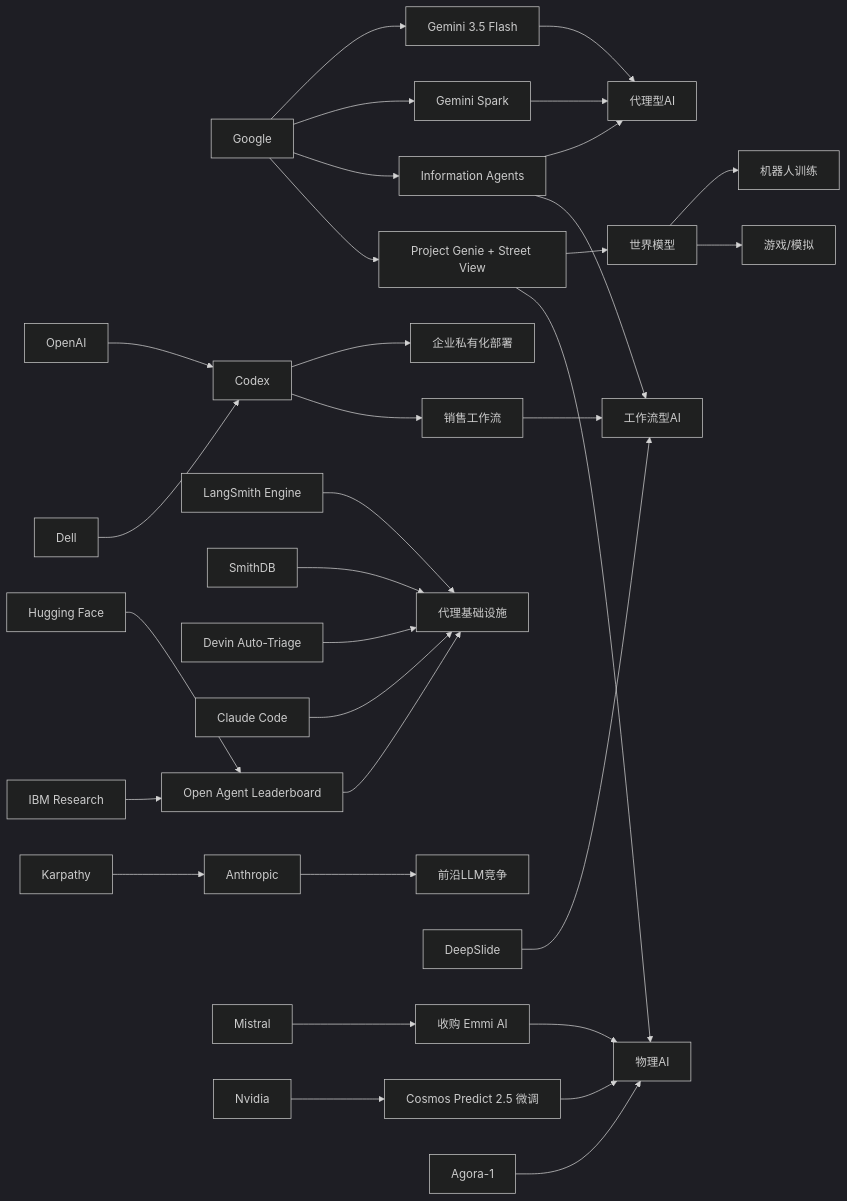
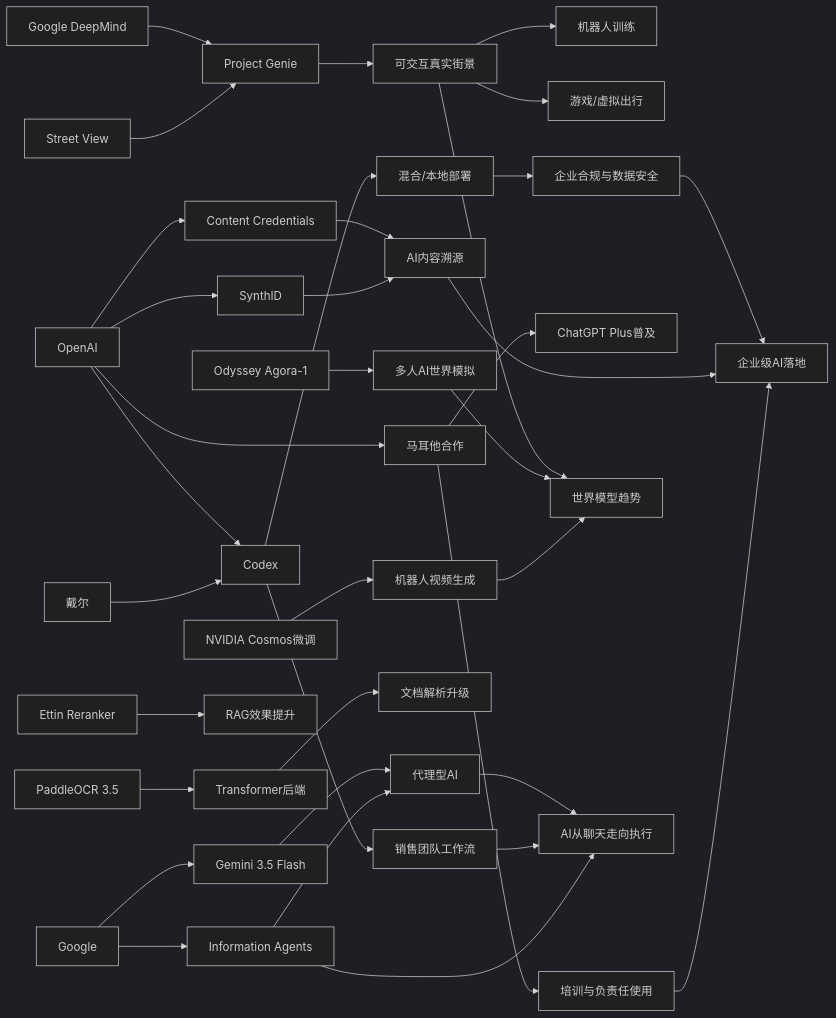
One commit to zhuxinfei/ai-daily-site changed the diagram in content/cn/2026/2026-05/2026-05-19.md. Above: the diagram before and after it, drawn with Mermaid (dark theme). The commit also changed other lines of this file, not shown here.

````diff
--- a/content/cn/2026/2026-05/2026-05-19.md
+++ b/content/cn/2026/2026-05/2026-05-19.md
@@ -110,48 +110,48 @@
 ```mermaid
 graph LR
-    Google --> Gemini35[Gemini 3.5 Flash]
-    Google --> Spark[Gemini Spark]
-    Google --> InfoAgents[Information Agents]
-    Google --> Genie[Project Genie + Street View]
+    A[Google DeepMind] --> B[Project Genie]
+    C[Street View] --> B
+    B --> D[可交互真实街景]
+    D --> E[机器人训练]
+    D --> F[游戏/虚拟出行]
 
-    Gemini35 --> Agents[代理型AI]
-    Spark --> Agents
-    InfoAgents --> Agents
-    Genie --> WorldModel[世界模型]
-    WorldModel --> Robotics[机器人训练]
-    WorldModel --> Games[游戏/模拟]
+    G[Google] --> H[Gemini 3.5 Flash]
+    H --> I[代理型AI]
+    G --> J[Information Agents]
+    J --> I
 
-    OpenAI --> Codex[Codex]
-    Dell --> Codex
-    Codex --> Enterprise[企业私有化部署]
-    Codex --> Sales[销售工作流]
+    K[OpenAI] --> L[Codex]
+    M[戴尔] --> L
+    L --> N[混合/本地部署]
+    L --> O[销售团队工作流]
+    N --> P[企业合规与数据安全]
 
-    LangSmith[LangSmith Engine]
-    SmithDB[SmithDB]
-    Devin[Devin Auto-Triage]
-    ClaudeCode[Claude Code]
-    LangSmith --> AgentInfra[代理基础设施]
-    SmithDB --> AgentInfra
-    Devin --> AgentInfra
-    ClaudeCode --> AgentInfra
+    K --> Q[Content Credentials]
+    K --> R[SynthID]
+    Q --> S[AI内容溯源]
+    R --> S
 
-    HF[Hugging Face]
-    IBM[IBM Research]
-    HF --> OAL[Open Agent Leaderboard]
-    IBM --> OAL
-    OAL --> AgentInfra
+    K --> T[马耳他合作]
+    T --> U[ChatGPT Plus普及]
+    T --> V[培训与负责任使用]
 
-    Karpathy[Karpathy] --> Anthropic
-    Anthropic --> Frontier[前沿LLM竞争]
+    W[PaddleOCR 3.5] --> X[Transformer后端]
+    X --> Y[文档解析升级]
 
-    DeepSlide --> Workflow[工作流型AI]
-    Sales --> Workflow
-    InfoAgents --> Workflow
+    Z[Ettin Reranker] --> AA[RAG效果提升]
 
-    Mistral --> EmmiAI[收购 Emmi AI]
-    EmmiAI --> PhysicalAI[物理AI]
-    Nvidia --> Cosmos[Cosmos Predict 2.5 微调]
-    Cosmos --> PhysicalAI
-    Genie --> PhysicalAI
-    Agora1[Agora-1] --> PhysicalAI
+    AB[Odyssey Agora-1] --> AC[多人AI世界模拟]
+    AD[NVIDIA Cosmos微调] --> AE[机器人视频生成]
+
+    D --> AF[世界模型趋势]
+    AC --> AF
+    AE --> AF
+
+    I --> AG[AI从聊天走向执行]
+    O --> AG
+    J --> AG
+
+    P --> AH[企业级AI落地]
+    S --> AH
+    V --> AH
 ```
````
